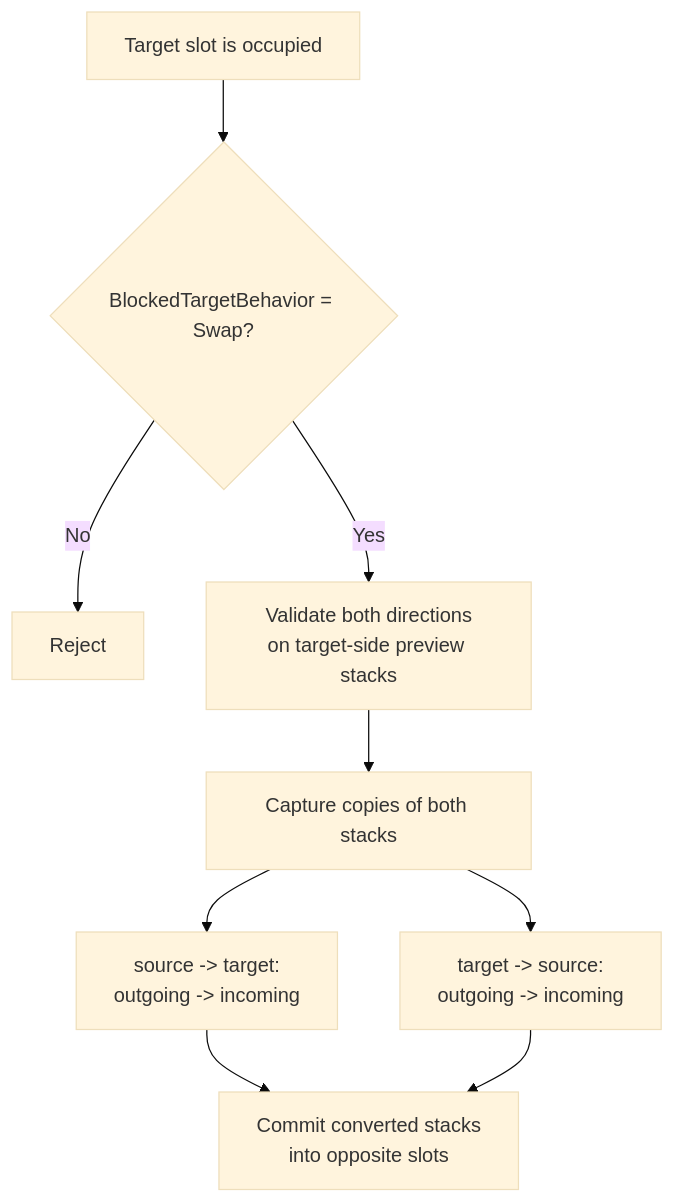
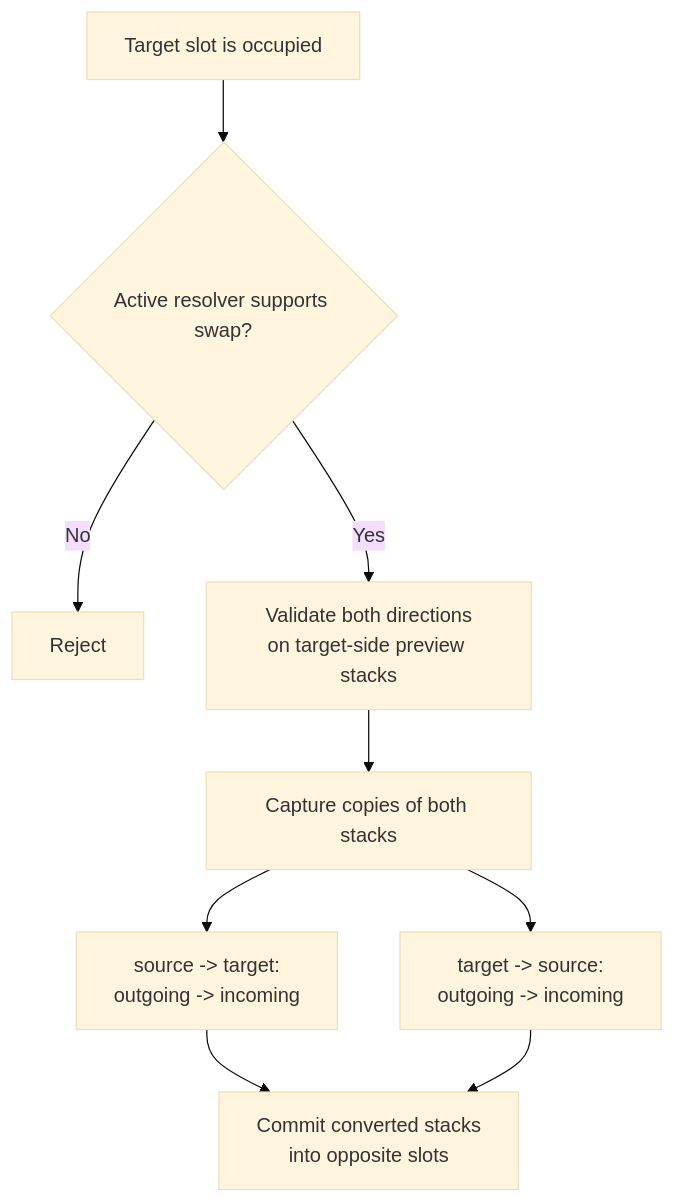
The eighth of 8 diagrams in .docs/content/architecture/transfer-pipeline.en.md (SergeevSergey99/DragAndDropSystem-Docs), drawn with Mermaid (base theme) before and after one commit. The commit also changed other lines of this file and 29 other files, not shown here.

````diff
--- a/.docs/content/architecture/transfer-pipeline.en.md
+++ b/.docs/content/architecture/transfer-pipeline.en.md
@@ -324,11 +324,11 @@
 ```mermaid
 flowchart TD
-    A["Target slot is occupied"] --> B{"BlockedTargetBehavior = Swap?"}
+    A["Target slot is occupied"] --> B{"Active resolver supports swap?"}
     B -->|No| C["Reject"]
     B -->|Yes| D["Validate both directions\non target-side preview stacks"]
     D --> E["Capture copies of both stacks"]
     E --> F["source -> target:\noutgoing -> incoming"]
     E --> G["target -> source:\noutgoing -> incoming"]
     F --> H["Commit converted stacks\ninto opposite slots"]
     G --> H
 ```
````
